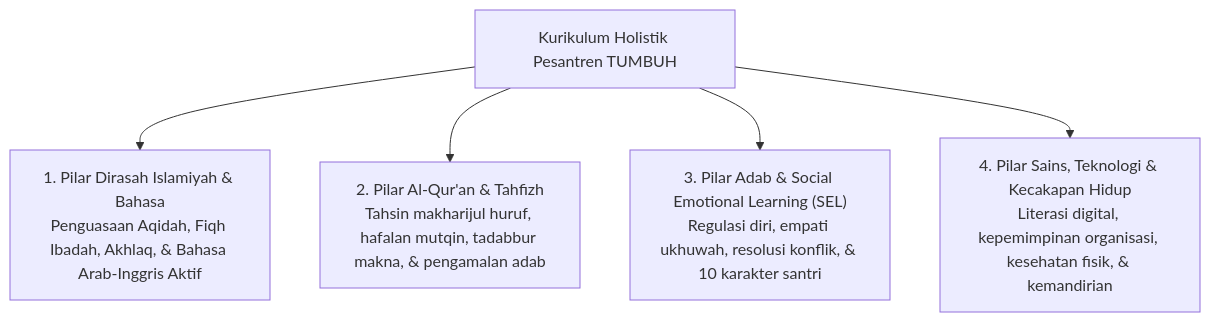
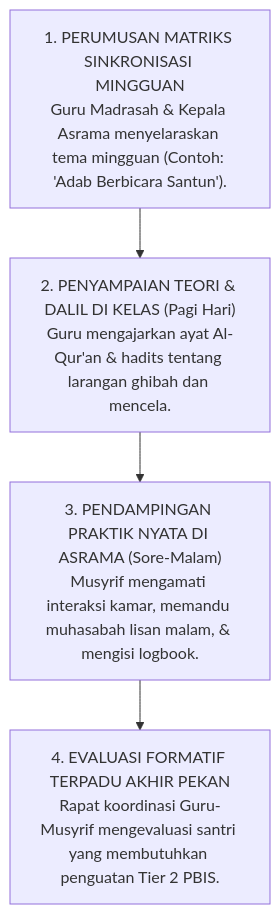
One commit to wandiapriliyandi/tumbuh changed the eighth of 8 diagrams in 02 Principles/02 Design Principles/P2-02-01-Prinsip-Desain-Kurikulum-Holistik.md. Above: the diagram before and after it, drawn with Mermaid. The commit also changed other lines of this file and 42 other files, not shown here.

````diff
--- a/02 Principles/02 Design Principles/P2-02-01-Prinsip-Desain-Kurikulum-Holistik.md
+++ b/02 Principles/02 Design Principles/P2-02-01-Prinsip-Desain-Kurikulum-Holistik.md
@@ -10,9 +296,12 @@
 ```mermaid
-graph TD
-    Kurikulum["Kurikulum Holistik Pesantren TUMBUH"]
+flowchart TD
+    Langkah1["1. PERUMUSAN MATRIKS SINKRONISASI MINGGUAN<br/>Guru Madrasah & Kepala Asrama menyelaraskan tema mingguan (Contoh: 'Adab Berbicara Santun')."]
     
-    Kurikulum --> K1["1. Pilar Dirasah Islamiyah & Bahasa<br/>Penguasaan Aqidah, Fiqh Ibadah, Akhlaq, & Bahasa Arab-Inggris Aktif"]
-    Kurikulum --> K2["2. Pilar Al-Qur'an & Tahfizh<br/>Tahsin makharijul huruf, hafalan mutqin, tadabbur makna, & pengamalan adab"]
-    Kurikulum --> K3["3. Pilar Adab & Social Emotional Learning (SEL)<br/>Regulasi diri, empati ukhuwah, resolusi konflik, & 10 karakter santri"]
-    Kurikulum --> K4["4. Pilar Sains, Teknologi & Kecakapan Hidup<br/>Literasi digital, kepemimpinan organisasi, kesehatan fisik, & kemandirian"]
+    Langkah2["2. PENYAMPAIAN TEORI & DALIL DI KELAS (Pagi Hari)<br/>Guru mengajarkan ayat Al-Qur'an & hadits tentang larangan ghibah dan mencela."]
+    
+    Langkah3["3. PENDAMPINGAN PRAKTIK NYATA DI ASRAMA (Sore-Malam)<br/>Musyrif mengamati interaksi kamar, memandu muhasabah lisan malam, & mengisi logbook."]
+    
+    Langkah4["4. EVALUASI FORMATIF TERPADU AKHIR PEKAN<br/>Rapat koordinasi Guru-Musyrif mengevaluasi santri yang membutuhkan penguatan Tier 2 PBIS."]
+    
+    Langkah1 --> Langkah2 --> Langkah3 --> Langkah4
 ```
````
